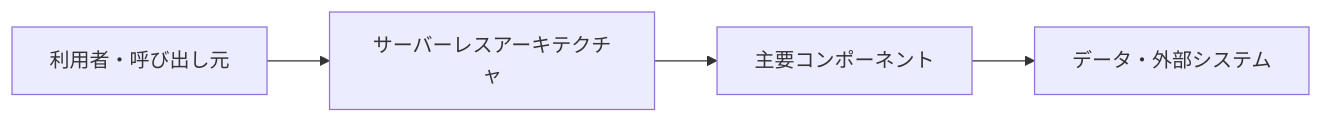
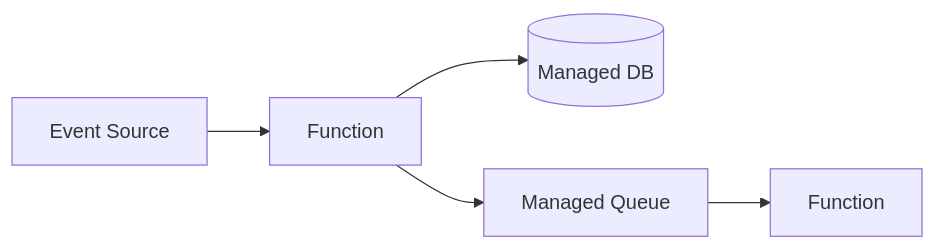
Before and after one commit to t-shirayama/architecture-notes: the diagram in docs/分散システム系/サーバーレスアーキテクチャ.md, drawn with Mermaid. The commit also changed other lines of this file and 32 other files, not shown here.

Commit message:
docs: refine remaining architecture notes

````diff
--- a/docs/分散システム系/サーバーレスアーキテクチャ.md
+++ b/docs/分散システム系/サーバーレスアーキテクチャ.md
@@ -24,6 +28,7 @@
 ```mermaid
 flowchart LR
-    A[利用者・呼び出し元] --> B[サーバーレスアーキテクチャ]
-    B --> C[主要コンポーネント]
-    C --> D[データ・外部システム]
+    Event[Event Source] --> Fn[Function]
+    Fn --> DB[(Managed DB)]
+    Fn --> Queue[Managed Queue]
+    Queue --> Fn2[Function]
 ```
````
